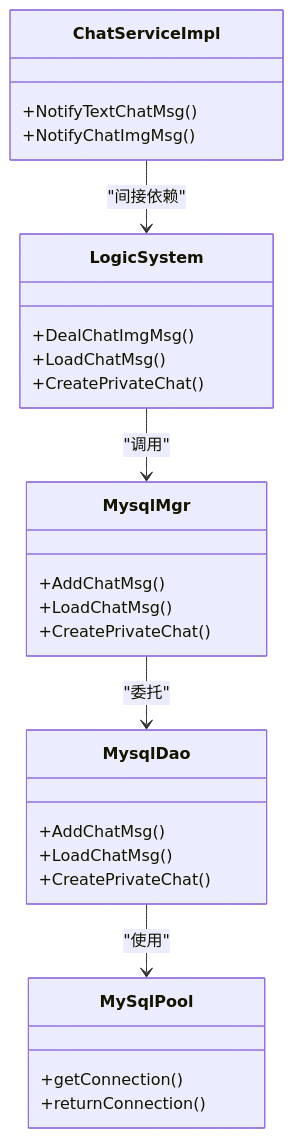
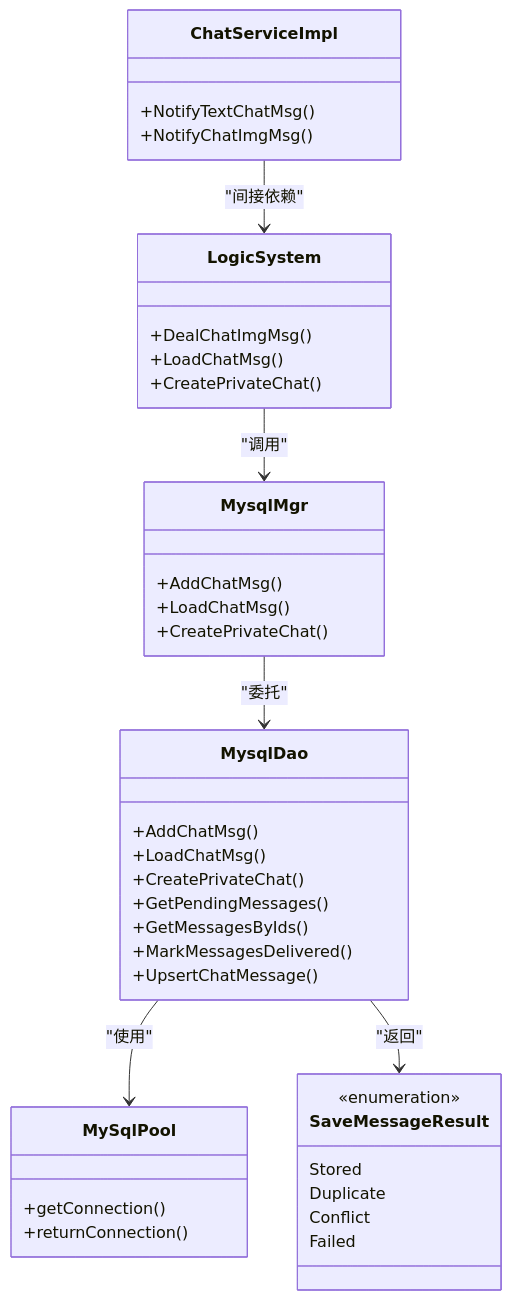
One commit to echo9923/mychatter changed the ninth of 9 diagrams in .qoder/repowiki/zh/content/服务端开发/ChatServer聊天核心服务/业务逻辑系统/聊天消息处理.md. Above: the diagram before and after it, drawn with Mermaid. The commit also changed other lines of this file and 54 other files, not shown here.

````diff
--- a/.qoder/repowiki/zh/content/服务端开发/ChatServer聊天核心服务/业务逻辑系统/聊天消息处理.md
+++ b/.qoder/repowiki/zh/content/服务端开发/ChatServer聊天核心服务/业务逻辑系统/聊天消息处理.md
@@ -260,30 +343,42 @@
 ```mermaid
 classDiagram
 class ChatServiceImpl {
 +NotifyTextChatMsg()
 +NotifyChatImgMsg()
 }
 class LogicSystem {
 +DealChatImgMsg()
 +LoadChatMsg()
 +CreatePrivateChat()
 }
 class MysqlMgr {
 +AddChatMsg()
 +LoadChatMsg()
 +CreatePrivateChat()
 }
 class MysqlDao {
 +AddChatMsg()
 +LoadChatMsg()
 +CreatePrivateChat()
++GetPendingMessages()
++GetMessagesByIds()
++MarkMessagesDelivered()
++UpsertChatMessage()
 }
 class MySqlPool {
 +getConnection()
 +returnConnection()
 }
+class SaveMessageResult {
+<<enumeration>>
+Stored
+Duplicate
+Conflict
+Failed
+}
 ChatServiceImpl --> LogicSystem : "间接依赖"
 LogicSystem --> MysqlMgr : "调用"
 MysqlMgr --> MysqlDao : "委托"
 MysqlDao --> MySqlPool : "使用"
+MysqlDao --> SaveMessageResult : "返回"
 ```
````
